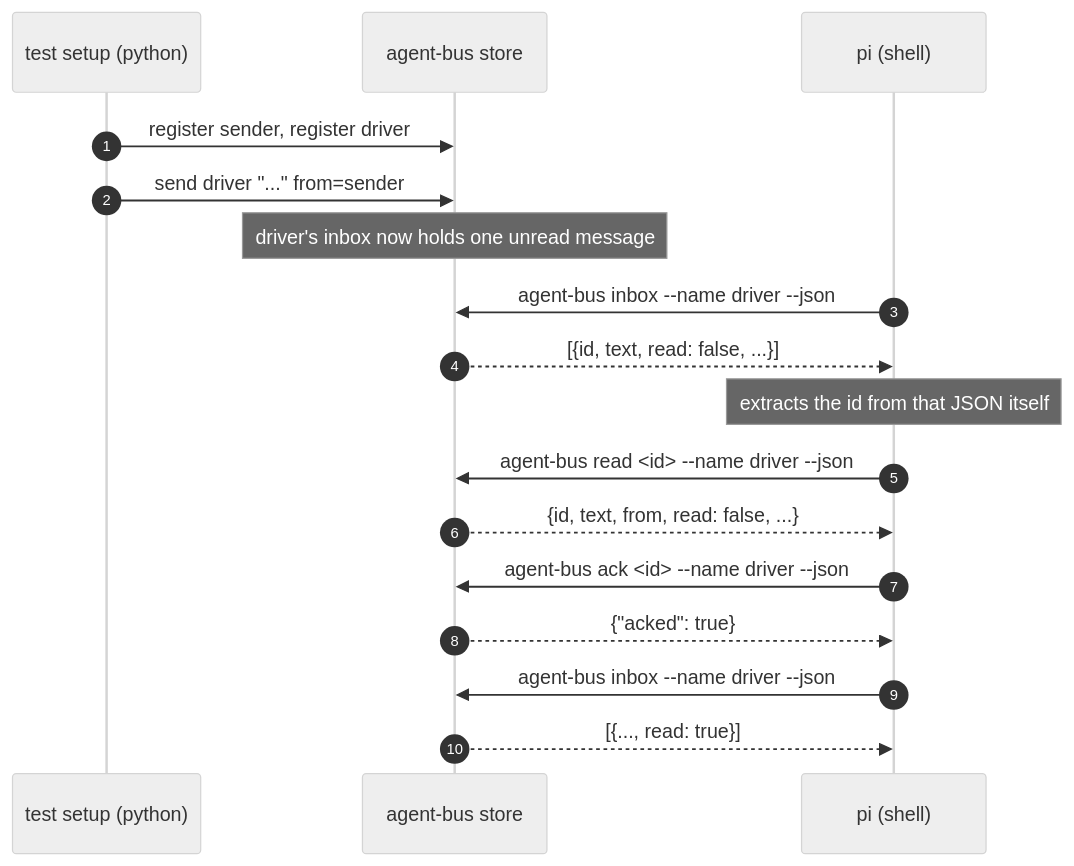
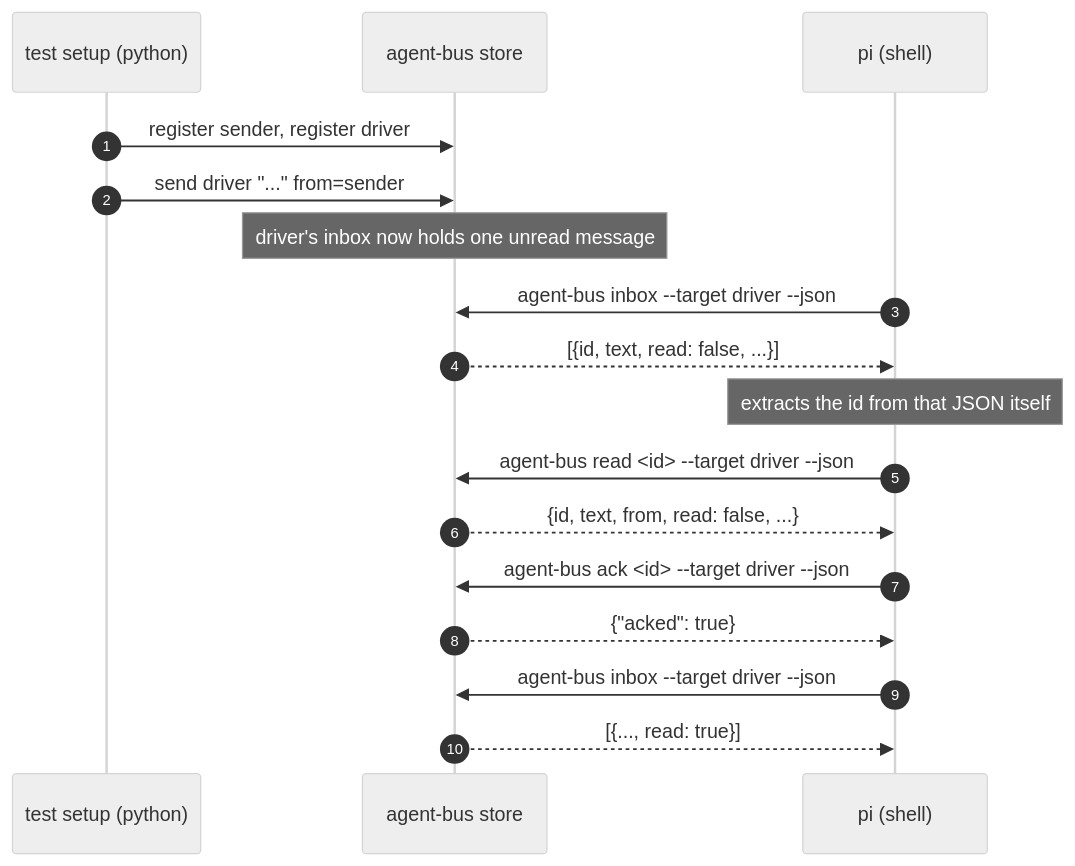
Before and after one commit to danbarua/agent-bus: the diagram in tests/agent_bus/integration/test_read_and_ack_close_the_loop.md, drawn with Mermaid (neutral theme). The commit also changed other lines of this file and 26 other files, not shown here.

First line of the commit message:
refactor: rename inbox/read/ack/watch's --name to --target (#227)

````diff
--- a/tests/agent_bus/integration/test_read_and_ack_close_the_loop.md
+++ b/tests/agent_bus/integration/test_read_and_ack_close_the_loop.md
@@ -26,20 +26,20 @@
 ```mermaid
 sequenceDiagram
     autonumber
     participant setup as test setup (python)
     participant bus as agent-bus store
     participant pi as pi (shell)
 
     setup->>bus: register sender, register driver
     setup->>bus: send driver "..." from=sender
     Note over bus: driver's inbox now holds one unread message
-    pi->>bus: agent-bus inbox --name driver --json
+    pi->>bus: agent-bus inbox --target driver --json
     bus-->>pi: [{id, text, read: false, ...}]
     Note over pi: extracts the id from that JSON itself
-    pi->>bus: agent-bus read <id> --name driver --json
+    pi->>bus: agent-bus read <id> --target driver --json
     bus-->>pi: {id, text, from, read: false, ...}
-    pi->>bus: agent-bus ack <id> --name driver --json
+    pi->>bus: agent-bus ack <id> --target driver --json
     bus-->>pi: {"acked": true}
-    pi->>bus: agent-bus inbox --name driver --json
+    pi->>bus: agent-bus inbox --target driver --json
     bus-->>pi: [{..., read: true}]
 ```
````
